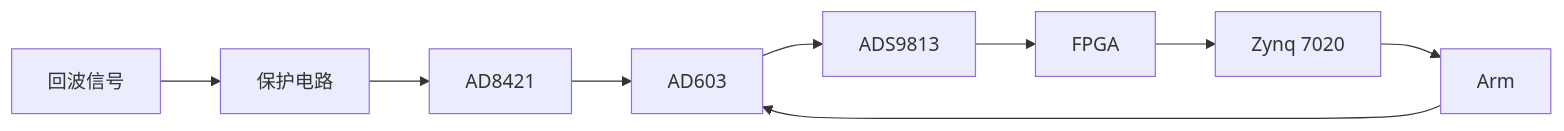
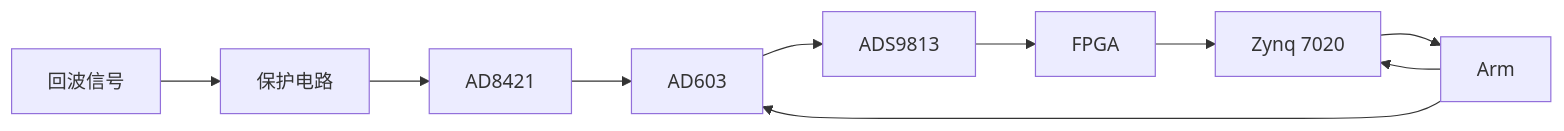
One commit to Rukawa15/iodraw-files changed the diagram in all/多通道同步采集-1.md. Above: the diagram before and after it, drawn with Mermaid.

Commit message:
2025-06-18 23:24:01 update

````diff
--- a/all/多通道同步采集-1.md
+++ b/all/多通道同步采集-1.md
@@ -1,8 +1,8 @@
 ```mermaid
 graph LR
 A[回波信号] --> B[保护电路]
 B --> C[AD8421] -->D[AD603]
 E[Zynq 7020] --> G[Arm] --> D
-G
+G --> E
 D --> F[ADS9813] --> H[FPGA] --> E
 ```
````
